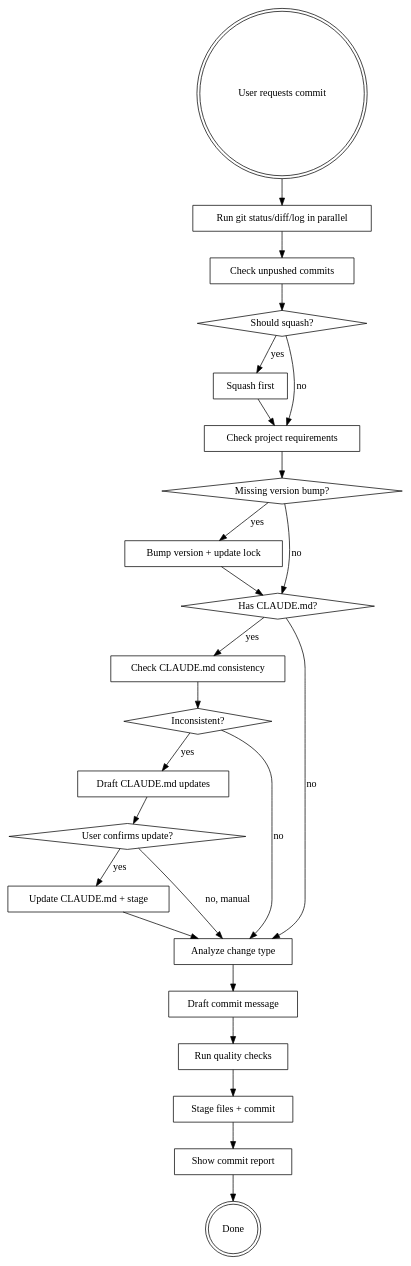
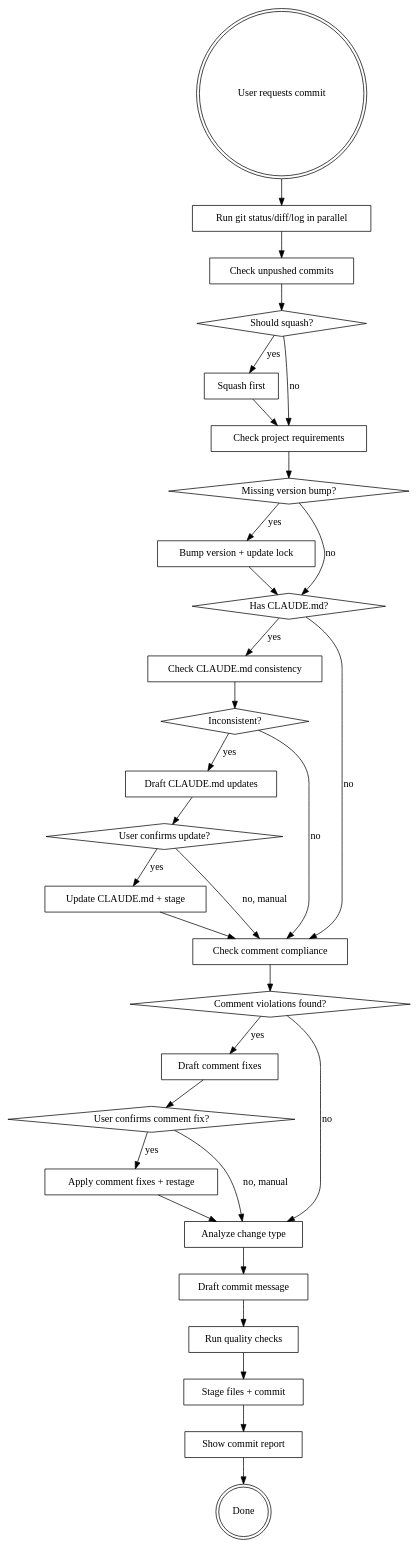
One commit to gitduk/dotfiles changed the diagram in .claude/skills/commit/SKILL.md. Above: the diagram before and after it, drawn with Graphviz. The commit also changed other lines of this file and 16 other files, not shown here.

````diff
--- a/.claude/skills/commit/SKILL.md
+++ b/.claude/skills/commit/SKILL.md
@@ -32,49 +32,61 @@
 ```dot
 digraph commit_flow {
     "User requests commit" [shape=doublecircle];
     "Run git status/diff/log in parallel" [shape=box];
     "Check unpushed commits" [shape=box];
     "Should squash?" [shape=diamond];
     "Squash first" [shape=box];
     "Check project requirements" [shape=box];
     "Missing version bump?" [shape=diamond];
     "Bump version + update lock" [shape=box];
     "Has CLAUDE.md?" [shape=diamond];
     "Check CLAUDE.md consistency" [shape=box];
     "Inconsistent?" [shape=diamond];
     "Draft CLAUDE.md updates" [shape=box];
     "User confirms update?" [shape=diamond];
     "Update CLAUDE.md + stage" [shape=box];
+    "Check comment compliance" [shape=box];
+    "Comment violations found?" [shape=diamond];
+    "Draft comment fixes" [shape=box];
+    "User confirms comment fix?" [shape=diamond];
+    "Apply comment fixes + restage" [shape=box];
     "Analyze change type" [shape=box];
     "Draft commit message" [shape=box];
     "Run quality checks" [shape=box];
     "Stage files + commit" [shape=box];
     "Show commit report" [shape=box];
     "Done" [shape=doublecircle];
 
     "User requests commit" -> "Run git status/diff/log in parallel";
     "Run git status/diff/log in parallel" -> "Check unpushed commits";
     "Check unpushed commits" -> "Should squash?";
     "Should squash?" -> "Squash first" [label="yes"];
     "Should squash?" -> "Check project requirements" [label="no"];
     "Squash first" -> "Check project requirements";
     "Check project requirements" -> "Missing version bump?";
     "Missing version bump?" -> "Bump version + update lock" [label="yes"];
     "Missing version bump?" -> "Has CLAUDE.md?" [label="no"];
     "Bump version + update lock" -> "Has CLAUDE.md?";
     "Has CLAUDE.md?" -> "Check CLAUDE.md consistency" [label="yes"];
-    "Has CLAUDE.md?" -> "Analyze change type" [label="no"];
+    "Has CLAUDE.md?" -> "Check comment compliance" [label="no"];
     "Check CLAUDE.md consistency" -> "Inconsistent?";
     "Inconsistent?" -> "Draft CLAUDE.md updates" [label="yes"];
-    "Inconsistent?" -> "Analyze change type" [label="no"];
+    "Inconsistent?" -> "Check comment compliance" [label="no"];
     "Draft CLAUDE.md updates" -> "User confirms update?";
     "User confirms update?" -> "Update CLAUDE.md + stage" [label="yes"];
-    "User confirms update?" -> "Analyze change type" [label="no, manual"];
-    "Update CLAUDE.md + stage" -> "Analyze change type";
+    "User confirms update?" -> "Check comment compliance" [label="no, manual"];
+    "Update CLAUDE.md + stage" -> "Check comment compliance";
+    "Check comment compliance" -> "Comment violations found?";
+    "Comment violations found?" -> "Draft comment fixes" [label="yes"];
+    "Comment violations found?" -> "Analyze change type" [label="no"];
+    "Draft comment fixes" -> "User confirms comment fix?";
+    "User confirms comment fix?" -> "Apply comment fixes + restage" [label="yes"];
+    "User confirms comment fix?" -> "Analyze change type" [label="no, manual"];
+    "Apply comment fixes + restage" -> "Analyze change type";
     "Analyze change type" -> "Draft commit message";
     "Draft commit message" -> "Run quality checks";
     "Run quality checks" -> "Stage files + commit";
     "Stage files + commit" -> "Show commit report";
     "Show commit report" -> "Done";
 }
 ```
````
